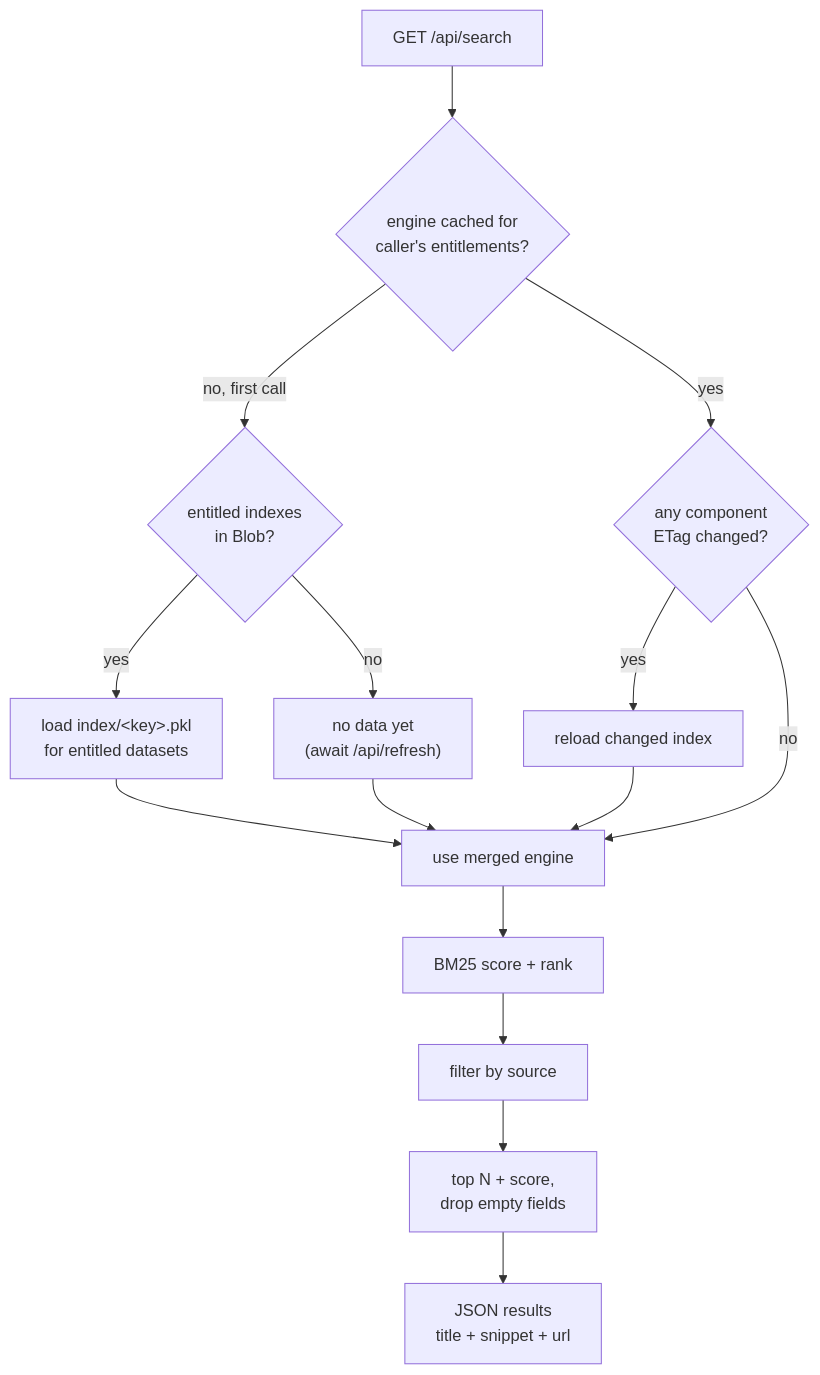
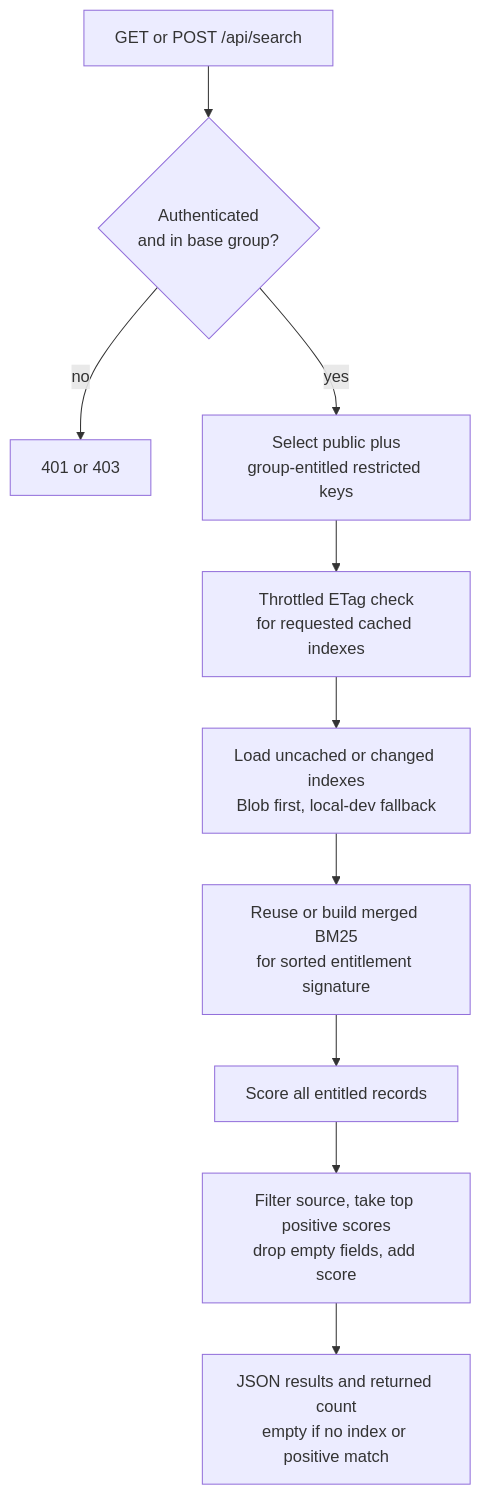
The third of 5 diagrams in docs/architecture.md (SteveCInVA/AllofUs-Agent), drawn with Mermaid before and after one commit. The commit also changed other lines of this file and 16 other files, not shown here.

````diff
--- a/docs/architecture.md
+++ b/docs/architecture.md
@@ -92,21 +86,12 @@
 ```mermaid
 flowchart TB
-    Q["GET /api/search"] --> ENG{"engine cached for<br/>caller's entitlements?"}
-
-    ENG -- "no, first call" --> L1{"entitled indexes<br/>in Blob?"}
-    L1 -- "yes" --> LB["load index/&lt;key&gt;.pkl<br/>for entitled datasets"]
-    L1 -- "no" --> LP["no data yet<br/>(await /api/refresh)"]
-
-    ENG -- "yes" --> STALE{"any component<br/>ETag changed?"}
-    STALE -- "yes" --> RB["reload changed index"]
-    STALE -- "no" --> USE["use merged engine"]
-
-    LB --> USE
-    LP --> USE
-    RB --> USE
-
-    USE --> SRCH["BM25 score + rank"]
-    SRCH --> FLT["filter by source"]
-    FLT --> TOP["top N + score,<br/>drop empty fields"]
-    TOP --> J["JSON results<br/>title + snippet + url"]
+    Q["GET or POST /api/search"] --> AUTH{"Authenticated<br/>and in base group?"}
+    AUTH -- "no" --> DENY["401 or 403"]
+    AUTH -- "yes" --> KEYS["Select public plus<br/>group-entitled restricted keys"]
+    KEYS --> CHECK["Throttled ETag check<br/>for requested cached indexes"]
+    CHECK --> LOAD["Load uncached or changed indexes<br/>Blob first, local-dev fallback"]
+    LOAD --> MERGE["Reuse or build merged BM25<br/>for sorted entitlement signature"]
+    MERGE --> SCORE["Score all entitled records"]
+    SCORE --> FILTER["Filter source, take top positive scores<br/>drop empty fields, add score"]
+    FILTER --> OUT["JSON results and returned count<br/>empty if no index or positive match"]
 ```
````
